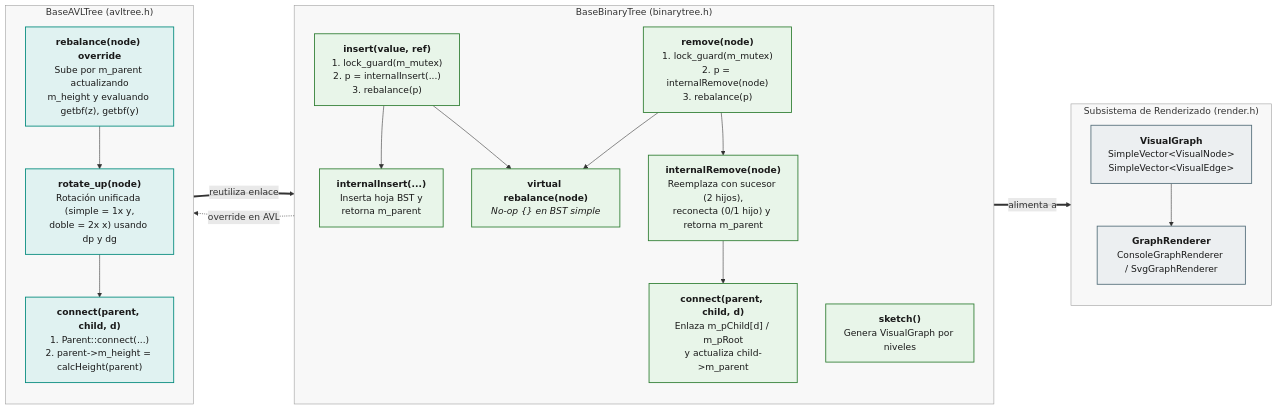
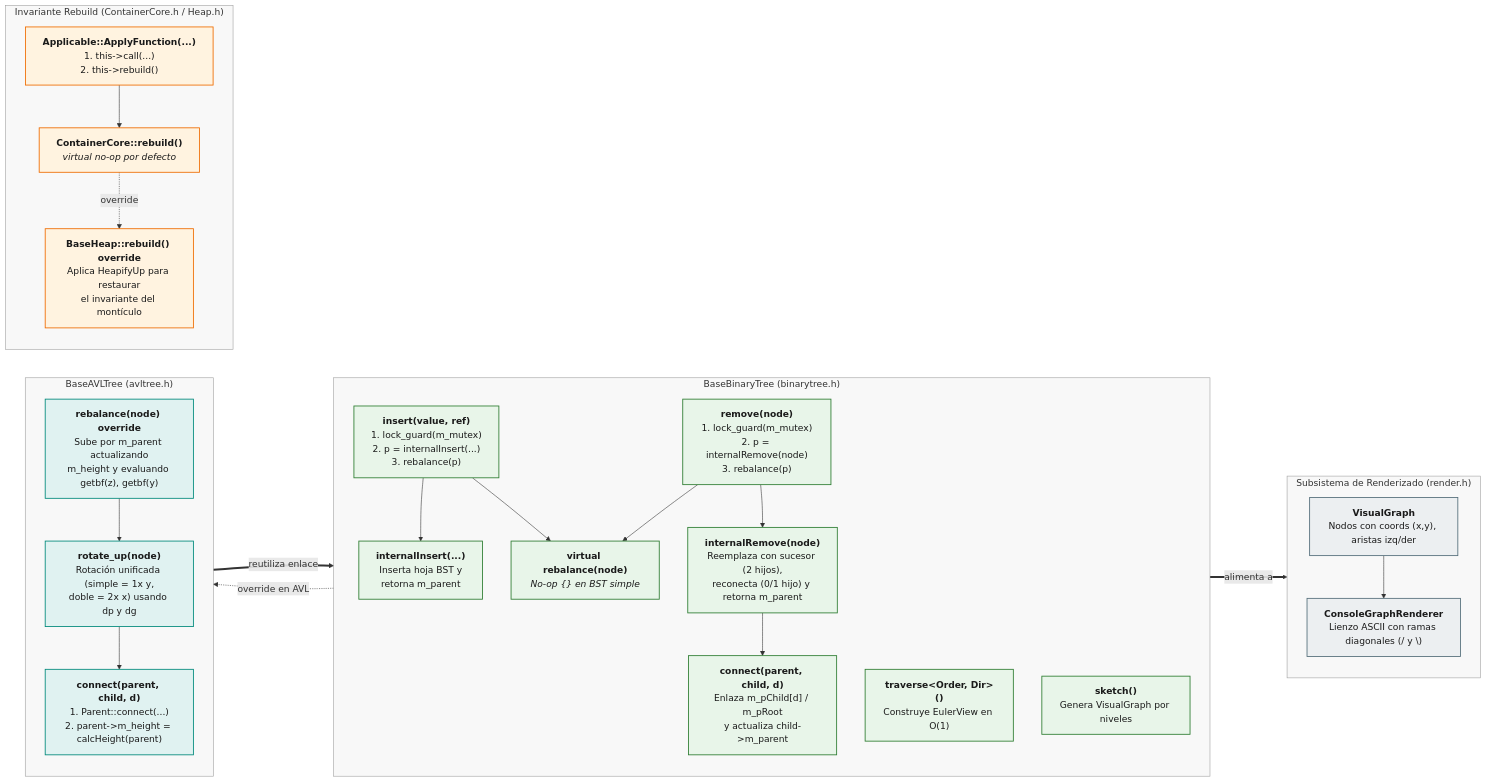
The fifth of 6 diagrams in README.md (AldoLunaBueno/2026-II-CS-UNI-CC0E5-AEDAv), drawn with Mermaid before and after one commit. The commit also changed other lines of this file and 2 other files, not shown here.

````diff
--- a/README.md
+++ b/README.md
@@ -277,52 +309,65 @@
 ```mermaid
 flowchart LR
     subgraph BST["BaseBinaryTree (binarytree.h)"]
         direction TB
         INS["<b>insert(value, ref)</b><br/>1. lock_guard(m_mutex)<br/>2. p = internalInsert(...)<br/>3. rebalance(p)"]
         REM["<b>remove(node)</b><br/>1. lock_guard(m_mutex)<br/>2. p = internalRemove(node)<br/>3. rebalance(p)"]
         I_INS["<b>internalInsert(...)</b><br/>Inserta hoja BST y<br/>retorna m_parent"]
         I_REM["<b>internalRemove(node)</b><br/>Reemplaza con sucesor (2 hijos),<br/>reconecta (0/1 hijo) y retorna m_parent"]
         CONN_B["<b>connect(parent, child, d)</b><br/>Enlaza m_pChild[d] / m_pRoot<br/>y actualiza child->m_parent"]
         REB_B["<b>virtual rebalance(node)</b><br/><i>No-op {} en BST simple</i>"]
+        TRAV["<b>traverse#lt;Order, Dir#gt;()</b><br/>Construye EulerView en O(1)"]
         SK["<b>sketch()</b><br/>Genera VisualGraph por niveles"]
 
         INS --> I_INS
         INS --> REB_B
         REM --> I_REM
         REM --> REB_B
         I_REM --> CONN_B
     end
 
     subgraph AVL_SUB["BaseAVLTree (avltree.h)"]
         direction TB
         REB_A["<b>rebalance(node) override</b><br/>Sube por m_parent actualizando<br/>m_height y evaluando getbf(z), getbf(y)"]
         ROT["<b>rotate_up(node)</b><br/>Rotación unificada (simple = 1x y,<br/>doble = 2x x) usando dp y dg"]
         CONN_A["<b>connect(parent, child, d)</b><br/>1. Parent::connect(...)<br/>2. parent->m_height = calcHeight(parent)"]
 
         REB_A --> ROT
         ROT --> CONN_A
     end
 
+    subgraph CORE_REBUILD["Invariante Rebuild (ContainerCore.h / Heap.h)"]
+        direction TB
+        APP_HOOK["<b>Applicable::ApplyFunction(...)</b><br/>1. this->call(...)<br/>2. this->rebuild()"]
+        REB_CORE["<b>ContainerCore::rebuild()</b><br/><i>virtual no-op por defecto</i>"]
+        REB_HEAP["<b>BaseHeap::rebuild() override</b><br/>Aplica HeapifyUp para restaurar<br/>el invariante del montículo"]
+        APP_HOOK --> REB_CORE
+        REB_CORE -. "override" .-> REB_HEAP
+    end
+
     subgraph REND["Subsistema de Renderizado (render.h)"]
         direction TB
-        VG["<b>VisualGraph</b><br/>SimpleVector#lt;VisualNode#gt;<br/>SimpleVector#lt;VisualEdge#gt;"]
-        GR["<b>GraphRenderer</b><br/>ConsoleGraphRenderer / SvgGraphRenderer"]
+        VG["<b>VisualGraph</b><br/>Nodos con coords (x,y), aristas izq/der"]
+        GR["<b>ConsoleGraphRenderer</b><br/>Lienzo ASCII con ramas diagonales (/ y \)"]
         VG --> GR
     end
 
     REB_B -. "override en AVL" .-> REB_A
     CONN_A ==>|"reutiliza enlace"| CONN_B
     SK ==>|"alimenta a"| VG
 
     classDef bst fill:#E8F5E9,stroke:#2E7D32,color:#1A1A1A,stroke-width:1.5px;
     classDef avl fill:#E0F2F1,stroke:#00897B,color:#1A1A1A,stroke-width:1.5px;
     classDef rnd fill:#ECEFF1,stroke:#546E7A,color:#1A1A1A,stroke-width:1.5px;
+    classDef reb fill:#FFF3E0,stroke:#EF6C00,color:#1A1A1A,stroke-width:1.5px;
 
-    class INS,REM,I_INS,I_REM,CONN_B,REB_B,SK bst
+    class INS,REM,I_INS,I_REM,CONN_B,REB_B,TRAV,SK bst
     class REB_A,ROT,CONN_A avl
     class VG,GR rnd
+    class APP_HOOK,REB_CORE,REB_HEAP reb
 
     style BST fill:#8080800F,stroke:#9E9E9E,stroke-width:1px
     style AVL_SUB fill:#8080800F,stroke:#9E9E9E,stroke-width:1px
     style REND fill:#8080800F,stroke:#9E9E9E,stroke-width:1px
+    style CORE_REBUILD fill:#8080800F,stroke:#9E9E9E,stroke-width:1px
 ```
````
